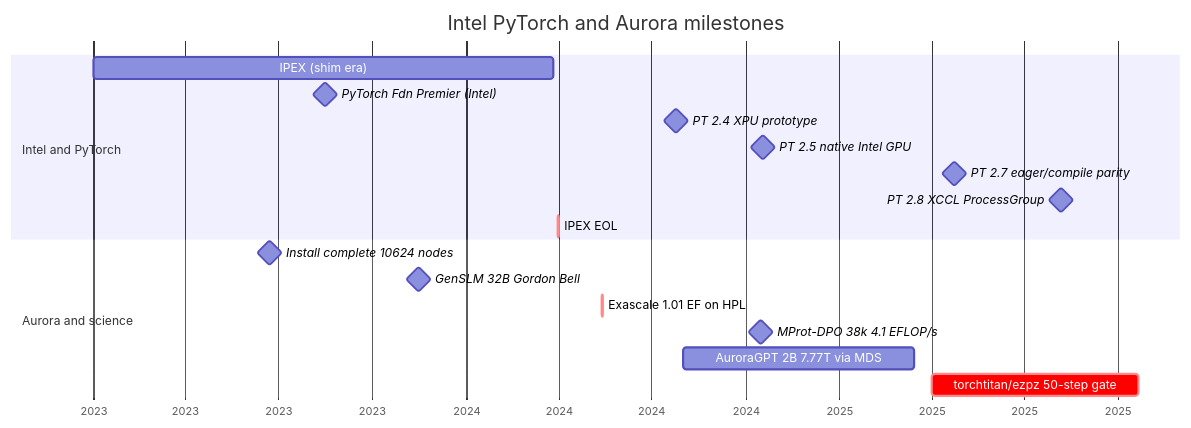
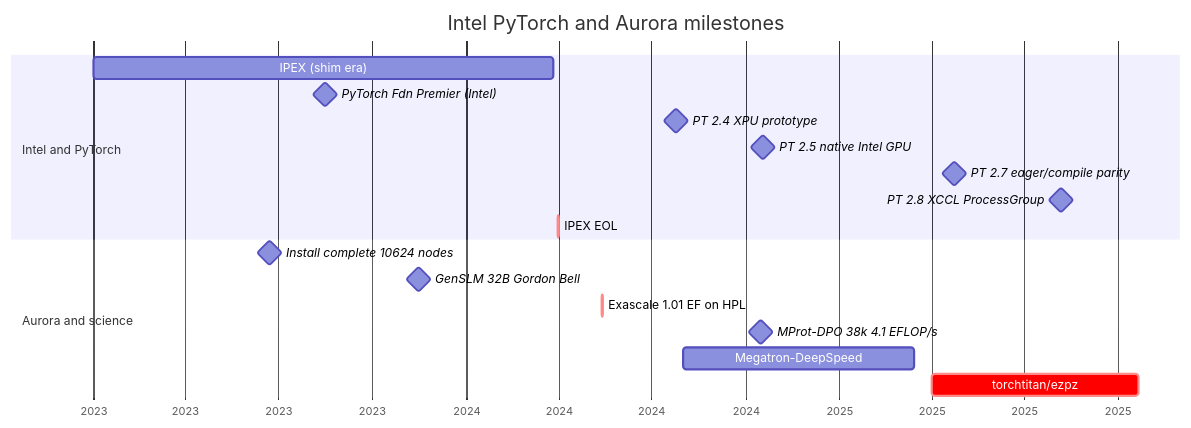
Before and after one commit to saforem2/samf.sh: the first of 3 diagrams in web/src/pages/talks/2026/10/21/index.mdx, drawn with Mermaid.

Commit message:
talk(ptc26): shorten timeline labels on slide 5
AuroraGPT 2B 7.77T via MDS → Megatron-DeepSpeed (fork name is the
story); torchtitan/ezpz 50-step gate → torchtitan/ezpz (crit bar
already signals the gate). Shorter labels reduce the 2025 pileup
that buries PT 2.7/2.8.

````diff
--- a/web/src/pages/talks/2026/10/21/index.mdx
+++ b/web/src/pages/talks/2026/10/21/index.mdx
@@ -123,24 +123,24 @@
 ```mermaid
 %%{init: {'themeCSS': '.titleText{font-size:1.1rem!important;font-weight:700}.taskText{font-size:0.95rem!important;font-weight:600}.taskTextOutsideRight,.taskTextOutsideLeft{font-size:0.9rem!important}.sectionTitle{font-size:1rem!important;font-weight:700}.tick text{font-size:1.05rem!important}.grid .tick line{opacity:0.42}.section0{fill:#f0eaf6!important}.section1{fill:#e8f6f8!important}.done,.active{fill:#e2ddf0!important;stroke:#3532a8!important}.crit{fill:#ee3b24!important;stroke:#c02e1c!important}.milestone{fill:#5149b8!important;stroke:#3532a8!important}'}}%%
 gantt
     title Intel PyTorch and Aurora milestones
     dateFormat  YYYY-MM-DD
     axisFormat  %Y
 
     section Intel and PyTorch
     IPEX (shim era)                    :i1, 2023-01-01, 2024-03-27
     PyTorch Fdn Premier (Intel)        :milestone, i2, 2023-08-15, 1d
     PT 2.4 XPU prototype               :milestone, i3, 2024-07-24, 1d
     PT 2.5 native Intel GPU            :milestone, i4, 2024-10-17, 1d
     PT 2.7 eager/compile parity        :milestone, i5, 2025-04-23, 1d
     PT 2.8 XCCL ProcessGroup           :milestone, i6, 2025-08-06, 1d
     IPEX EOL                           :crit, i7, 2024-03-31, 1d
 
     section Aurora and science
     Install complete 10624 nodes       :milestone, a1e, 2023-06-22, 1d
     GenSLM 32B Gordon Bell              :milestone, a3, 2023-11-15, 1d
     Exascale 1.01 EF on HPL            :crit, a4, 2024-05-13, 1d
     MProt-DPO 38k 4.1 EFLOP/s           :milestone, a5, 2024-10-15, 1d
-    AuroraGPT 2B 7.77T via MDS          :a7, 2024-08-01, 2025-03-15
-    torchtitan/ezpz 50-step gate        :crit, a8, 2025-04-01, 2025-10-21
+    Megatron-DeepSpeed                 :a7, 2024-08-01, 2025-03-15
+    torchtitan/ezpz                      :crit, a8, 2025-04-01, 2025-10-21
 ```
````
